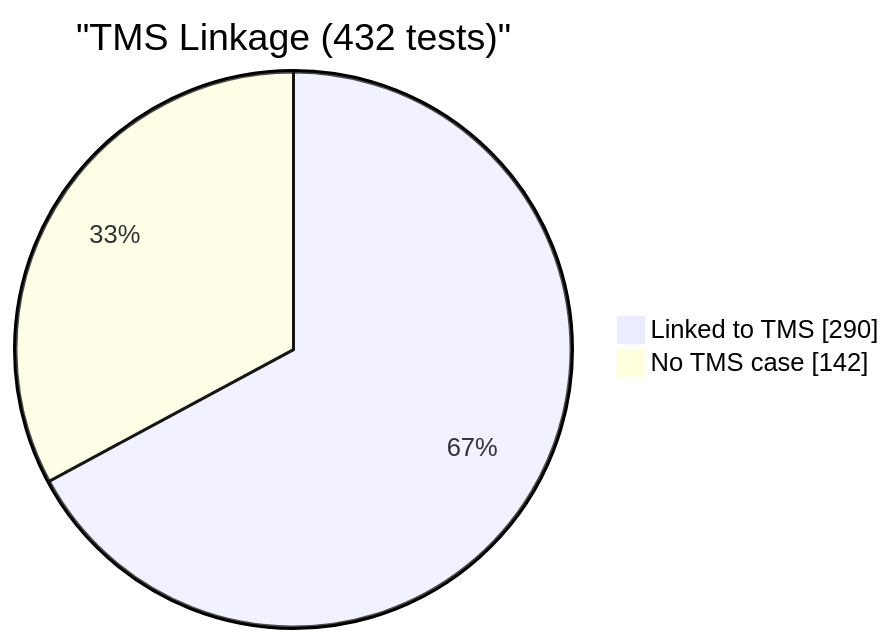
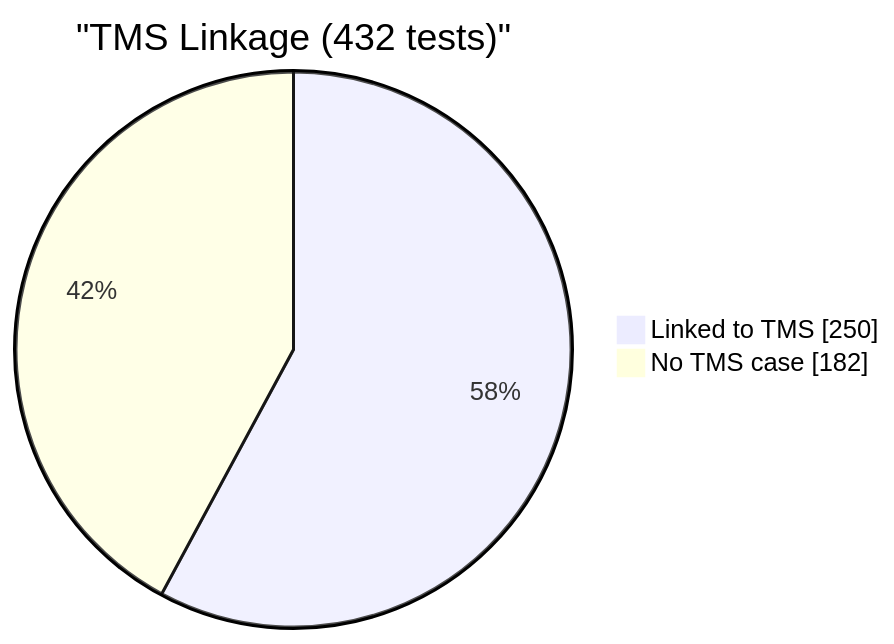
Before and after one commit to EliteaAI/onetest-ai-tm-Elitea: the fourth of 4 diagrams in reports/dashboard.md, drawn with Mermaid. The commit also changed other lines of this file and 1 other file, not shown here.

````diff
--- a/reports/dashboard.md
+++ b/reports/dashboard.md
@@ -77,6 +77,6 @@
 ```mermaid
 pie showData
     title "TMS Linkage (432 tests)"
-    "Linked to TMS" : 290
-    "No TMS case" : 142
+    "Linked to TMS" : 250
+    "No TMS case" : 182
 ```
````
